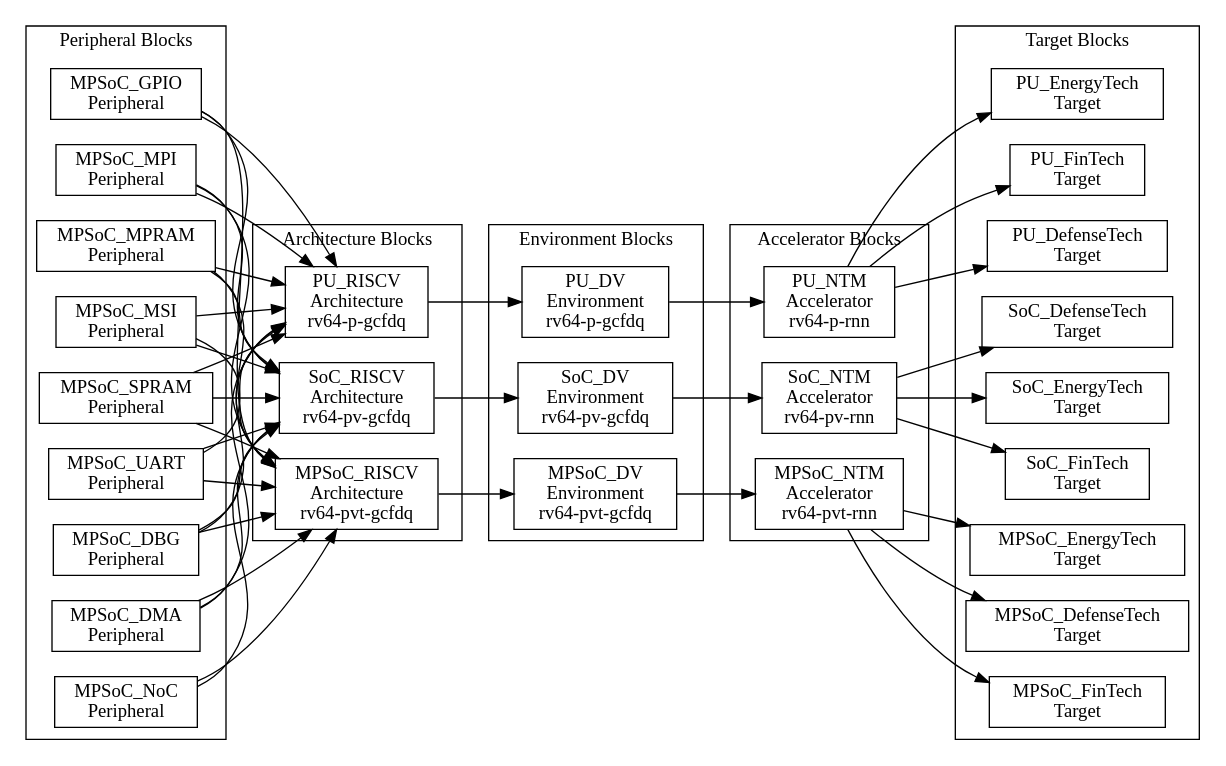
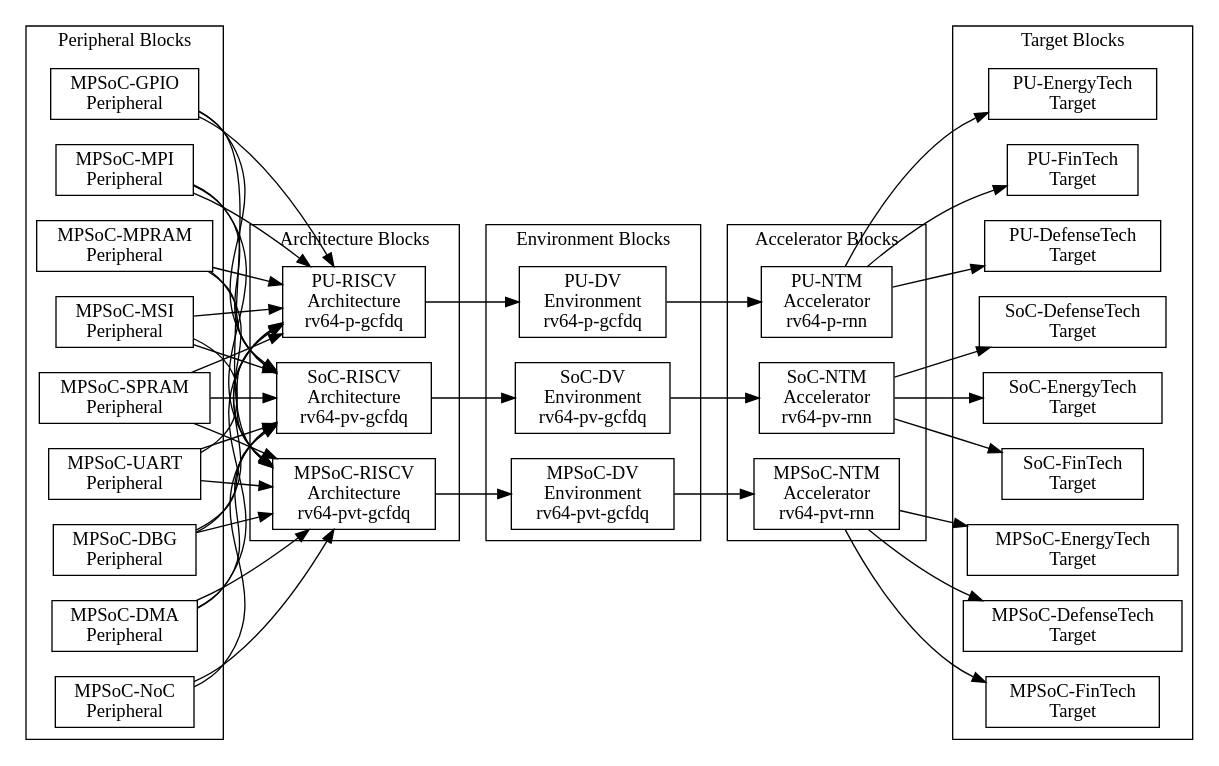
Before and after one commit to PacoReinaCampo/MPSoC-NTM: the diagram in doc/isa/riscv/assets/dependences-global.dot, drawn with Graphviz. The commit also changed 154 other files, not shown here.

Commit message:
Working in MPSoC-NTM 🦀

```diff
--- a/doc/isa/riscv/assets/dependences-global.dot
+++ b/doc/isa/riscv/assets/dependences-global.dot
@@ -1,117 +1,117 @@
 digraph Project {
   // Introduction
   graph [rankdir = LR];
   node[shape=record];
 
   // Peripheral Blocks
   subgraph "cluster PeripheralBlocks" { label = "Peripheral Blocks";
-    MPSoC_DBG[label="MPSoC_DBG\nPeripheral"];
-    MPSoC_DMA[label="MPSoC_DMA\nPeripheral"];
-    MPSoC_GPIO[label="MPSoC_GPIO\nPeripheral"];
-    MPSoC_MPI[label="MPSoC_MPI\nPeripheral"];
-    MPSoC_MPRAM[label="MPSoC_MPRAM\nPeripheral"];
-    MPSoC_MSI[label="MPSoC_MSI\nPeripheral"];
-    MPSoC_NoC[label="MPSoC_NoC\nPeripheral"];
-    MPSoC_SPRAM[label="MPSoC_SPRAM\nPeripheral"];
-    MPSoC_UART[label="MPSoC_UART\nPeripheral"];
+    MPSoC_DBG[label="MPSoC-DBG\nPeripheral"];
+    MPSoC_DMA[label="MPSoC-DMA\nPeripheral"];
+    MPSoC_GPIO[label="MPSoC-GPIO\nPeripheral"];
+    MPSoC_MPI[label="MPSoC-MPI\nPeripheral"];
+    MPSoC_MPRAM[label="MPSoC-MPRAM\nPeripheral"];
+    MPSoC_MSI[label="MPSoC-MSI\nPeripheral"];
+    MPSoC_NoC[label="MPSoC-NoC\nPeripheral"];
+    MPSoC_SPRAM[label="MPSoC-SPRAM\nPeripheral"];
+    MPSoC_UART[label="MPSoC-UART\nPeripheral"];
   }
 
   // Architecture Blocks
   subgraph "cluster ArchitectureBlocks" { label = "Architecture Blocks";
-    MPSoC_RISCV[label="MPSoC_RISCV\nArchitecture\nrv64-pvt-gcfdq"];
-    SoC_RISCV[label="SoC_RISCV\nArchitecture\nrv64-pv-gcfdq"];
-    PU_RISCV[label="PU_RISCV\nArchitecture\nrv64-p-gcfdq"];
+    MPSoC_RISCV[label="MPSoC-RISCV\nArchitecture\nrv64-pvt-gcfdq"];
+    SoC_RISCV[label="SoC-RISCV\nArchitecture\nrv64-pv-gcfdq"];
+    PU_RISCV[label="PU-RISCV\nArchitecture\nrv64-p-gcfdq"];
   }
 
   // Environment Blocks
   subgraph "cluster EnvironmentBlocks" { label = "Environment Blocks";
-    MPSoC_DV[label="MPSoC_DV\nEnvironment\nrv64-pvt-gcfdq"];
-    SoC_DV[label="SoC_DV\nEnvironment\nrv64-pv-gcfdq"];
-    PU_DV[label="PU_DV\nEnvironment\nrv64-p-gcfdq"];
+    MPSoC_DV[label="MPSoC-DV\nEnvironment\nrv64-pvt-gcfdq"];
+    SoC_DV[label="SoC-DV\nEnvironment\nrv64-pv-gcfdq"];
+    PU_DV[label="PU-DV\nEnvironment\nrv64-p-gcfdq"];
   }
 
   // Accelerator Blocks
   subgraph "cluster AcceleratorBlocks" { label = "Accelerator Blocks";
-    MPSoC_NTM[label="MPSoC_NTM\nAccelerator\nrv64-pvt-rnn"];
-    SoC_NTM[label="SoC_NTM\nAccelerator\nrv64-pv-rnn"];
-    PU_NTM[label="PU_NTM\nAccelerator\nrv64-p-rnn"];
+    MPSoC_NTM[label="MPSoC-NTM\nAccelerator\nrv64-pvt-rnn"];
+    SoC_NTM[label="SoC-NTM\nAccelerator\nrv64-pv-rnn"];
+    PU_NTM[label="PU-NTM\nAccelerator\nrv64-p-rnn"];
   }
 
   // Target Blocks
   subgraph "cluster TargetBlocks" { label = "Target Blocks";
-    MPSoC_EnergyTech[label="MPSoC_EnergyTech\nTarget"];
-    SoC_EnergyTech[label="SoC_EnergyTech\nTarget"];
-    PU_EnergyTech[label="PU_EnergyTech\nTarget"];
+    MPSoC_EnergyTech[label="MPSoC-EnergyTech\nTarget"];
+    SoC_EnergyTech[label="SoC-EnergyTech\nTarget"];
+    PU_EnergyTech[label="PU-EnergyTech\nTarget"];
 
-    MPSoC_FinTech[label="MPSoC_FinTech\nTarget"];
-    SoC_FinTech[label="SoC_FinTech\nTarget"];
-    PU_FinTech[label="PU_FinTech\nTarget"];
+    MPSoC_FinTech[label="MPSoC-FinTech\nTarget"];
+    SoC_FinTech[label="SoC-FinTech\nTarget"];
+    PU_FinTech[label="PU-FinTech\nTarget"];
 
-    MPSoC_DefenseTech[label="MPSoC_DefenseTech\nTarget"];
-    SoC_DefenseTech[label="SoC_DefenseTech\nTarget"];
-    PU_DefenseTech[label="PU_DefenseTech\nTarget"];
+    MPSoC_DefenseTech[label="MPSoC-DefenseTech\nTarget"];
+    SoC_DefenseTech[label="SoC-DefenseTech\nTarget"];
+    PU_DefenseTech[label="PU-DefenseTech\nTarget"];
   }
 
   // Peripheral -> Architecture
   MPSoC_DBG -> MPSoC_RISCV;
   MPSoC_DMA -> MPSoC_RISCV;
   MPSoC_GPIO -> MPSoC_RISCV;
   MPSoC_MPI -> MPSoC_RISCV;
   MPSoC_MPRAM -> MPSoC_RISCV;
   MPSoC_MSI -> MPSoC_RISCV;
   MPSoC_NoC -> MPSoC_RISCV;
   MPSoC_SPRAM -> MPSoC_RISCV;
   MPSoC_UART -> MPSoC_RISCV;
 
   MPSoC_DBG -> SoC_RISCV;
   MPSoC_DMA -> SoC_RISCV;
   MPSoC_GPIO -> SoC_RISCV;
   MPSoC_MPI -> SoC_RISCV;
   MPSoC_MPRAM -> SoC_RISCV;
   MPSoC_MSI -> SoC_RISCV;
   MPSoC_NoC -> SoC_RISCV;
   MPSoC_SPRAM -> SoC_RISCV;
   MPSoC_UART -> SoC_RISCV;
 
   MPSoC_DBG -> PU_RISCV;
   MPSoC_DMA -> PU_RISCV;
   MPSoC_GPIO -> PU_RISCV;
   MPSoC_MPI -> PU_RISCV;
   MPSoC_MPRAM -> PU_RISCV;
   MPSoC_MSI -> PU_RISCV;
   MPSoC_SPRAM -> PU_RISCV;
   MPSoC_UART -> PU_RISCV;
 
   // Architecture -> Environment
   PU_RISCV -> PU_DV;
 
   SoC_RISCV -> SoC_DV;
 
   MPSoC_RISCV -> MPSoC_DV;
 
   // Environment -> Accelerator
   PU_DV -> PU_NTM;
 
   SoC_DV -> SoC_NTM;
 
   MPSoC_DV -> MPSoC_NTM;
 
   // Accelerator -> Target
   PU_NTM -> PU_EnergyTech;
 
   SoC_NTM -> SoC_EnergyTech;
 
   MPSoC_NTM -> MPSoC_EnergyTech;
 
   PU_NTM -> PU_FinTech;
 
   SoC_NTM -> SoC_FinTech;
 
   MPSoC_NTM -> MPSoC_FinTech;
 
   PU_NTM -> PU_DefenseTech;
 
   SoC_NTM -> SoC_DefenseTech;
 
   MPSoC_NTM -> MPSoC_DefenseTech;
 }
```
